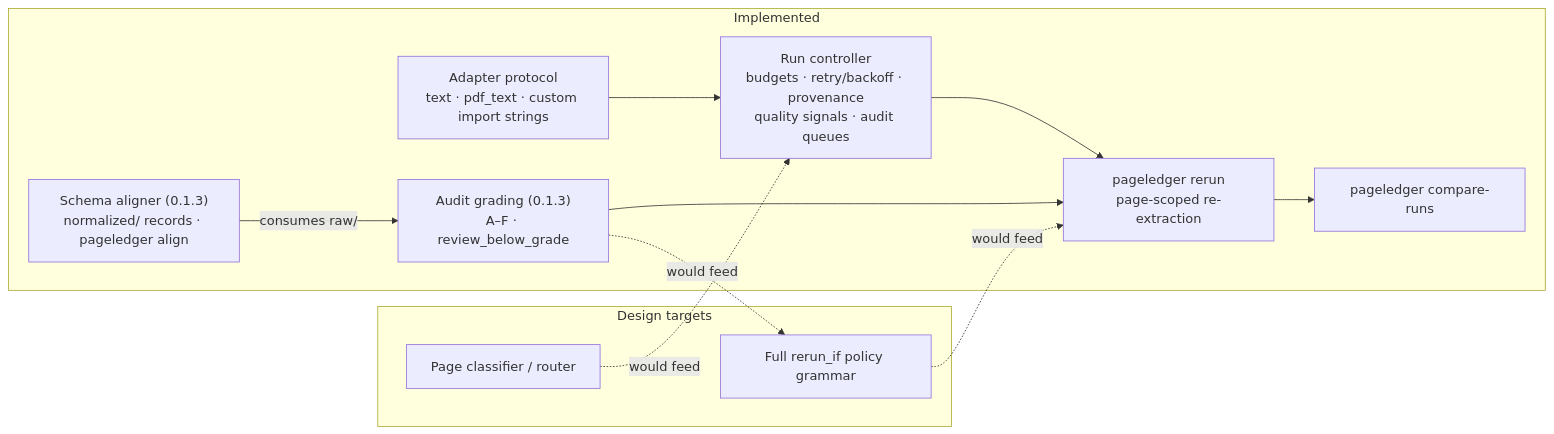
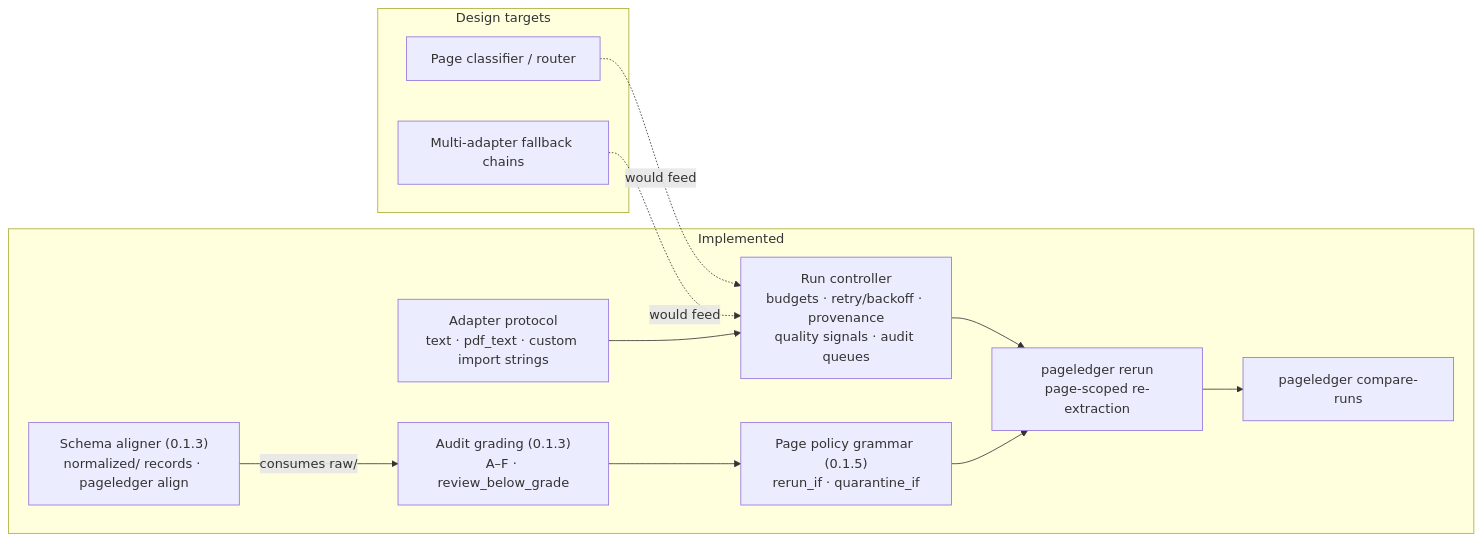
The diagram in docs/design.md (peterbussch/pageledger), drawn with Mermaid before and after one commit. The commit also changed other lines of this file and 22 other files, not shown here.

````diff
--- a/docs/design.md
+++ b/docs/design.md
@@ -16,21 +12,22 @@
 ```mermaid
 flowchart LR
     subgraph Shipped["Implemented"]
         RC["Run controller<br/>budgets · retry/backoff · provenance<br/>quality signals · audit queues"]
         AP["Adapter protocol<br/>text · pdf_text · custom import strings"]
         SA["Schema aligner (0.1.3)<br/>normalized/ records · pageledger align"]
         AG["Audit grading (0.1.3)<br/>A–F · review_below_grade"]
+        RIF["Page policy grammar (0.1.5)<br/>rerun_if · quarantine_if"]
         RR["pageledger rerun<br/>page-scoped re-extraction"]
         CMP["pageledger compare-runs"]
     end
     subgraph Targets["Design targets"]
         CL["Page classifier / router"]
-        RIF["Full rerun_if policy grammar"]
+        CHAIN["Multi-adapter fallback chains"]
     end
     CL -. "would feed" .-> RC
     RC --> RR --> CMP
     AP --> RC
     SA -- "consumes raw/" --> AG
-    AG --> RR
-    AG -. "would feed" .-> RIF -. "would feed" .-> RR
+    AG --> RIF --> RR
+    CHAIN -. "would feed" .-> RC
 ```
````
